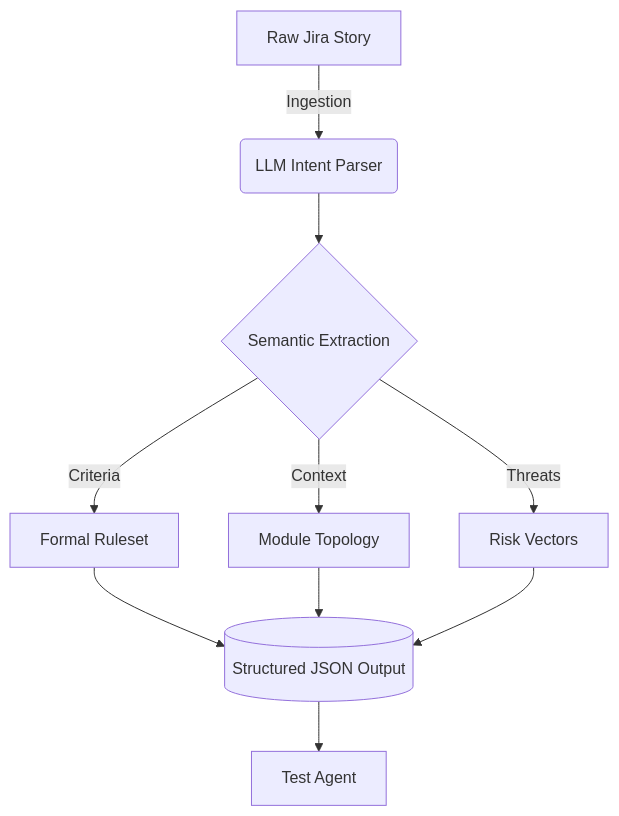
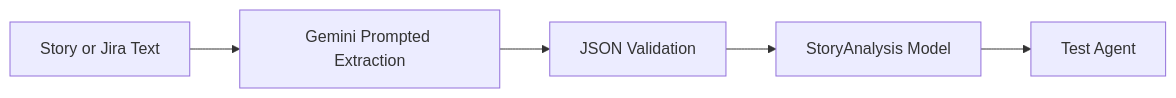
Before and after one commit to ishan1603/IronTest: the diagram in docs/story_agent.md, drawn with Mermaid. The commit also changed other lines of this file and 25 other files, not shown here.

Commit message:
Switching to Gemini for better responses, Fixing docs and implementing mongoDB + JIRA API

````diff
--- a/docs/story_agent.md
+++ b/docs/story_agent.md
@@ -13,10 +39,7 @@
 ```mermaid
-graph TD
-    A[Raw Jira Story] -->|Ingestion| B(LLM Intent Parser)
-    B --> C{Semantic Extraction}
-    C -->|Criteria| D[Formal Ruleset]
-    C -->|Context| E[Module Topology]
-    C -->|Threats| F[Risk Vectors]
-    D & E & F --> G[(Structured JSON Output)]
-    G --> H[Test Agent]
+graph LR
+    A[Story or Jira Text] --> B[Gemini Prompted Extraction]
+    B --> C[JSON Validation]
+    C --> D[StoryAnalysis Model]
+    D --> E[Test Agent]
 ```
````
